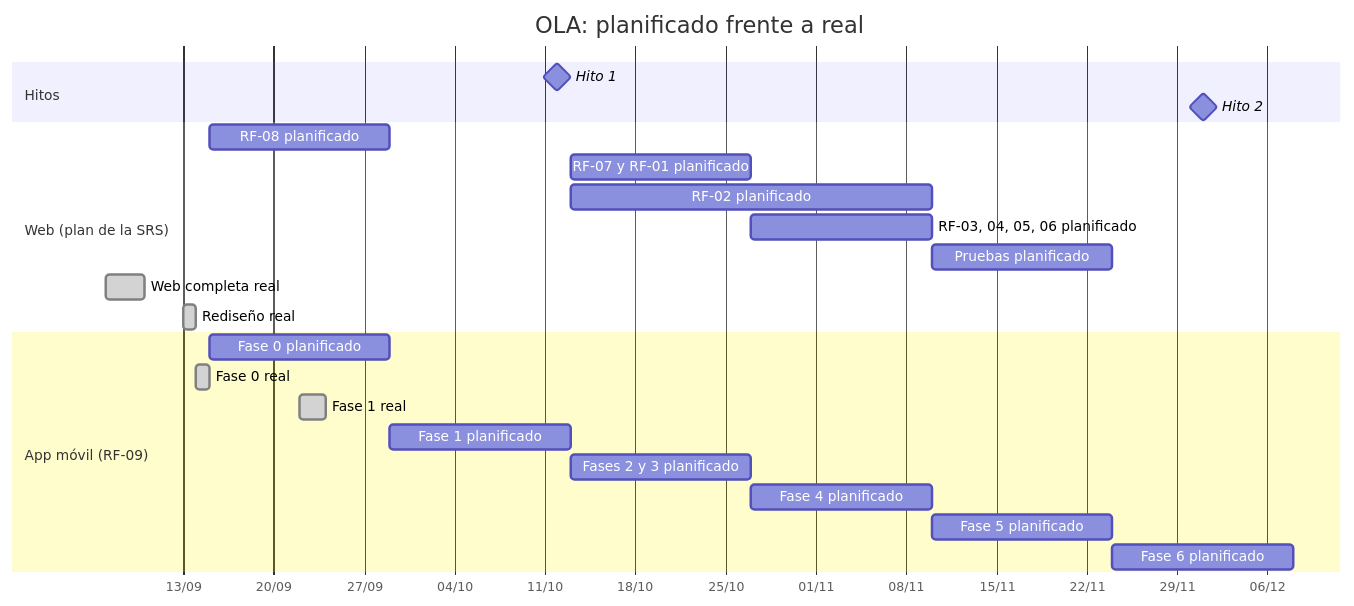
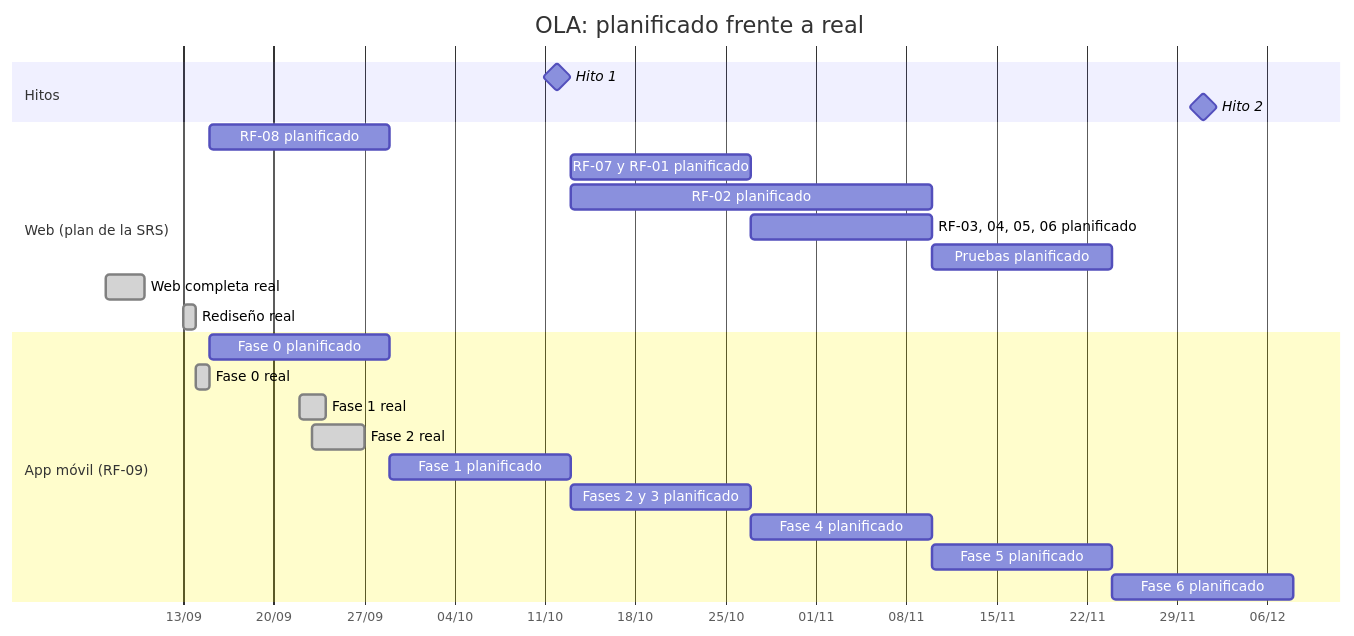
One commit to Miguel777-rgb/Proyecto_Calidad_de_Software changed the diagram in docs/calidad.md. Above: the diagram before and after it, drawn with Mermaid. The commit also changed other lines of this file and 8 other files, not shown here.

````diff
--- a/docs/calidad.md
+++ b/docs/calidad.md
@@ -421,29 +473,30 @@
 ```mermaid
 gantt
   title OLA: planificado frente a real
   dateFormat YYYY-MM-DD
   axisFormat %d/%m
 
   section Hitos
   Hito 1                      :milestone, 2026-10-12, 0d
   Hito 2                      :milestone, 2026-12-01, 0d
 
   section Web (plan de la SRS)
   RF-08 planificado           :2026-09-15, 14d
   RF-07 y RF-01 planificado   :2026-10-13, 14d
   RF-02 planificado           :2026-10-13, 28d
   RF-03, 04, 05, 06 planificado :2026-10-27, 14d
   Pruebas planificado         :2026-11-10, 14d
   Web completa real           :done, 2026-09-07, 2026-09-10
   Rediseño real               :done, 2026-09-13, 1d
 
   section App móvil (RF-09)
   Fase 0 planificado          :2026-09-15, 14d
   Fase 0 real                 :done, 2026-09-14, 1d
   Fase 1 real                 :done, 2026-09-22, 2d
+  Fase 2 real                 :done, 2026-09-23, 2026-09-27
   Fase 1 planificado          :2026-09-29, 14d
   Fases 2 y 3 planificado     :2026-10-13, 14d
   Fase 4 planificado          :2026-10-27, 14d
   Fase 5 planificado          :2026-11-10, 14d
   Fase 6 planificado          :2026-11-24, 14d
 ```
````
